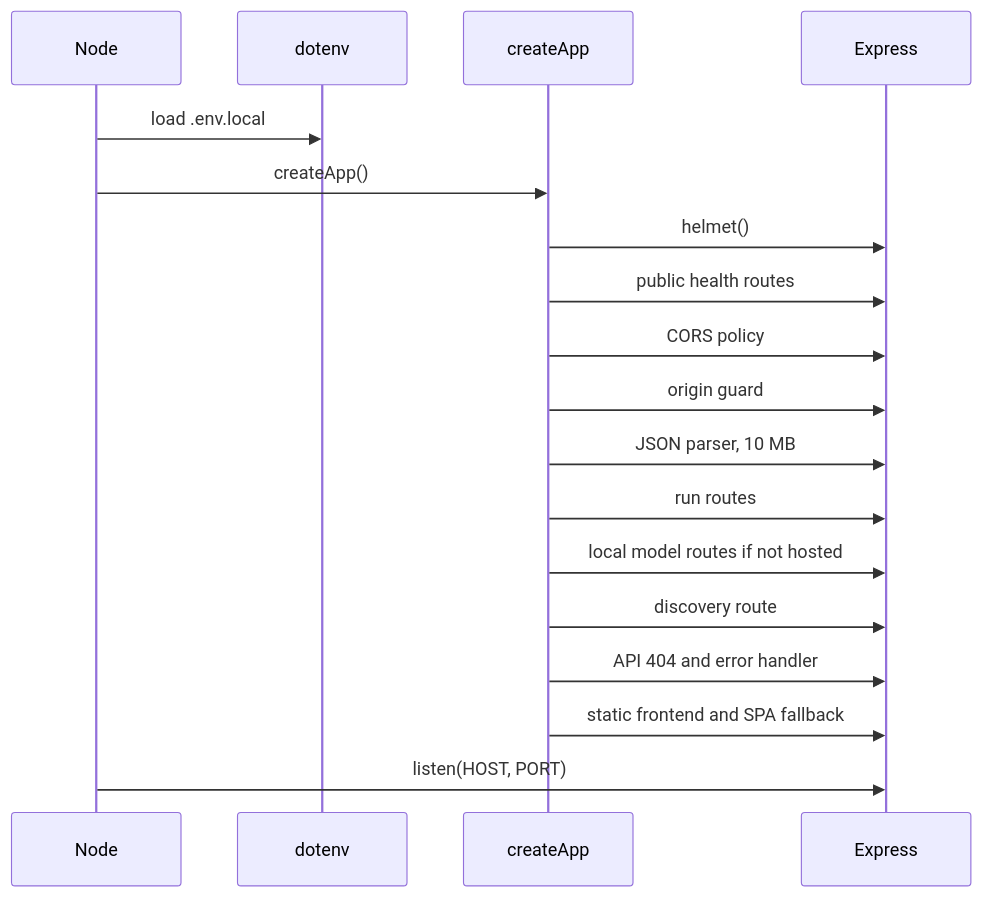
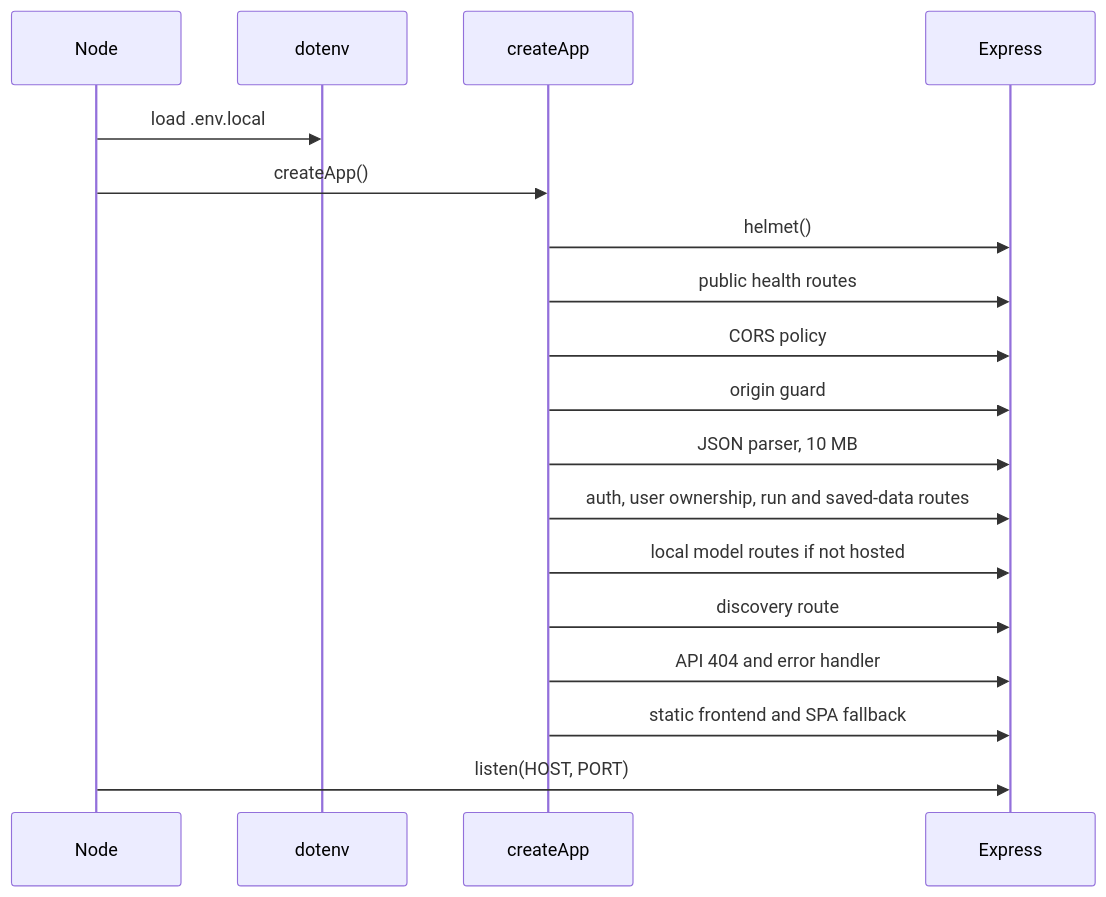
One commit to sanketmuchhala/Nerdplexity changed the second of 5 diagrams in backend/docs/architecture.md. Above: the diagram before and after it, drawn with Mermaid. The commit also changed other lines of this file and 28 other files, not shown here.

````diff
--- a/backend/docs/architecture.md
+++ b/backend/docs/architecture.md
@@ -56,21 +57,21 @@
 ```mermaid
 sequenceDiagram
     participant Node
     participant Env as dotenv
     participant App as createApp
     participant Express
 
     Node->>Env: load .env.local
     Node->>App: createApp()
     App->>Express: helmet()
     App->>Express: public health routes
     App->>Express: CORS policy
     App->>Express: origin guard
     App->>Express: JSON parser, 10 MB
-    App->>Express: run routes
+    App->>Express: auth, user ownership, run and saved-data routes
     App->>Express: local model routes if not hosted
     App->>Express: discovery route
     App->>Express: API 404 and error handler
     App->>Express: static frontend and SPA fallback
     Node->>Express: listen(HOST, PORT)
 ```
````
